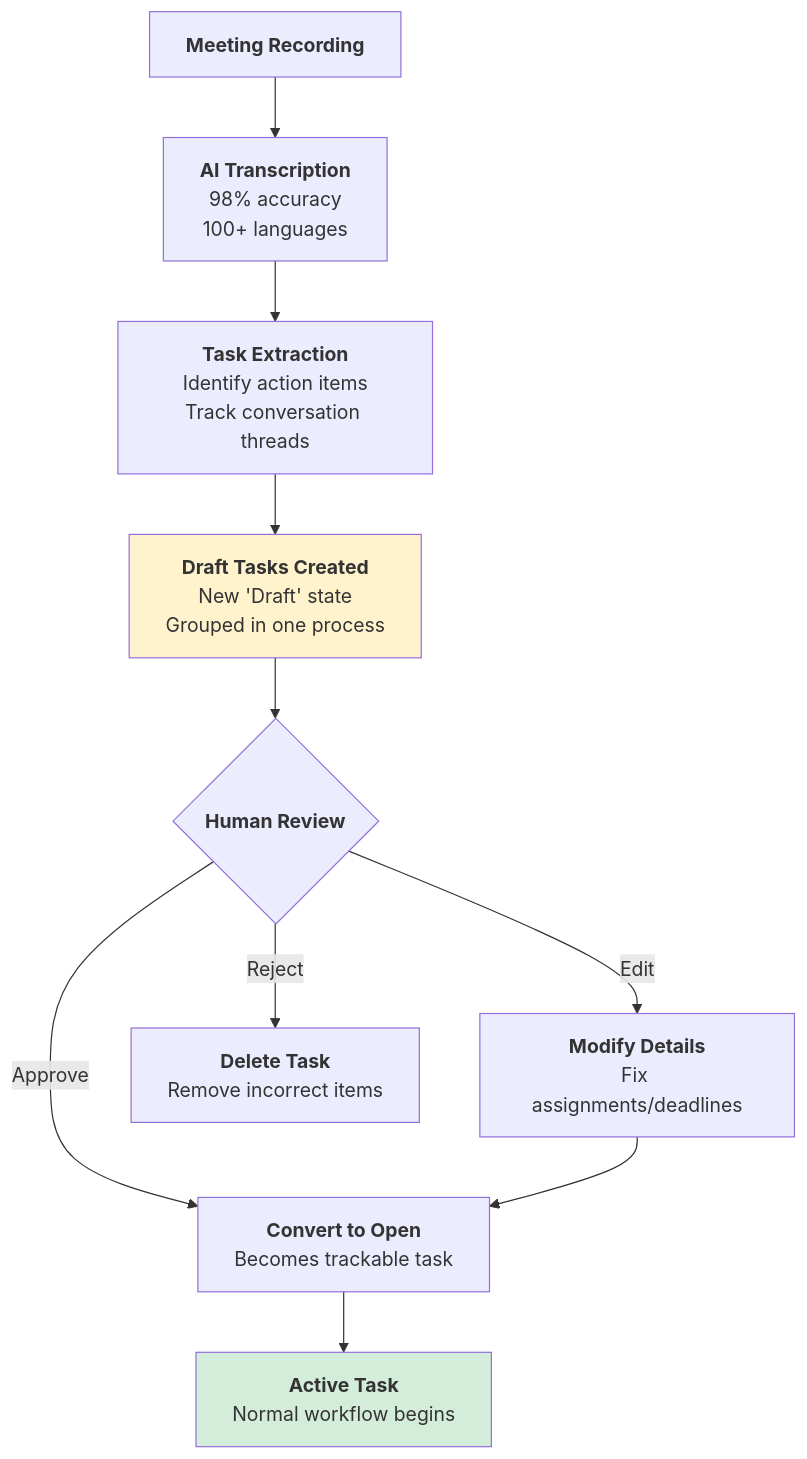
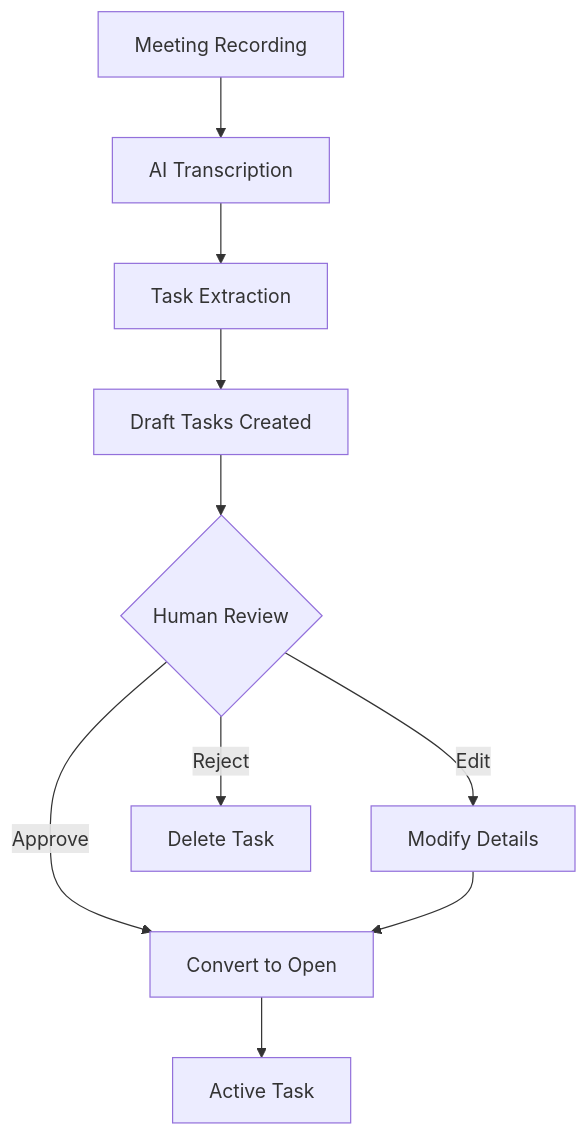
One commit to tallyfy/documentation changed the diagram in src/content/docs/pro/integrations/extract-tasks-from-meetings.mdx. Above: the diagram before and after it, drawn with Mermaid. The commit also changed 3 other files, not shown here.

````diff
--- a/src/content/docs/pro/integrations/extract-tasks-from-meetings.mdx
+++ b/src/content/docs/pro/integrations/extract-tasks-from-meetings.mdx
@@ -79,30 +79,17 @@
 ```mermaid
 flowchart TD
-    Start["`**Meeting Recording**`"] --> Transcribe["`**AI Transcription**
-    98% accuracy
-    100+ languages`"]
+    Start["Meeting Recording"] --> Transcribe["AI Transcription"]
     
-    Transcribe --> Extract["`**Task Extraction**
-    Identify action items
-    Track conversation threads`"]
+    Transcribe --> Extract["Task Extraction"]
     
-    Extract --> Draft["`**Draft Tasks Created**
-    New 'Draft' state
-    Grouped in one process`"]
+    Extract --> Draft["Draft Tasks Created"]
     
-    Draft --> Review{"`**Human Review**`"}
+    Draft --> Review{"Human Review"}
     
-    Review -->|"`Approve`"| Convert["`**Convert to Open**
-    Becomes trackable task`"]
-    Review -->|"`Edit`"| Edit["`**Modify Details**
-    Fix assignments/deadlines`"]
-    Review -->|"`Reject`"| Delete["`**Delete Task**
-    Remove incorrect items`"]
+    Review -->|Approve| Convert["Convert to Open"]
+    Review -->|Edit| Edit["Modify Details"]
+    Review -->|Reject| Delete["Delete Task"]
     
     Edit --> Convert
-    Convert --> Track["`**Active Task**
-    Normal workflow begins`"]
-    
-    style Draft fill:#FFF3CD
-    style Track fill:#D4EDDA
+    Convert --> Track["Active Task"]
 ```
````
